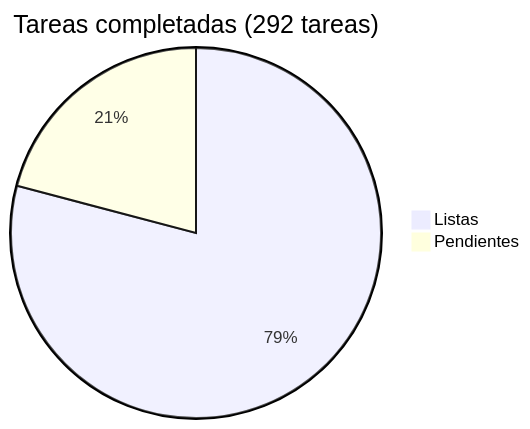
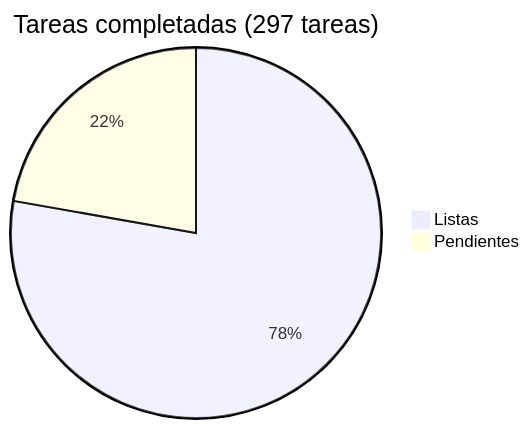
One commit to araguaney-lat/araguaney changed the diagram in docs/roadmap/README.md. Above: the diagram before and after it, drawn with Mermaid. The commit also changed other lines of this file and 1 other file, not shown here.

Commit message:
docs: add Grupo F — load testing to Phase 12
Adds a load-testing group (tasks 22-26) as the validation mechanism for
the rest of Phase 12: choose a tool (k6/Locust/Artillery), scenarios for
the app's heaviest flows (intake+sealing, national dashboard, exports),
and a before/after baseline run against the DB index migration — the
measurement the phase's own Definition of Done requires.

Documentation only, no code changes.

````diff
--- a/docs/roadmap/README.md
+++ b/docs/roadmap/README.md
@@ -5,5 +5,5 @@
 ```mermaid
-pie title Tareas completadas (292 tareas)
+pie title Tareas completadas (297 tareas)
     "Listas" : 231
-    "Pendientes" : 61
+    "Pendientes" : 66
 ```
````
